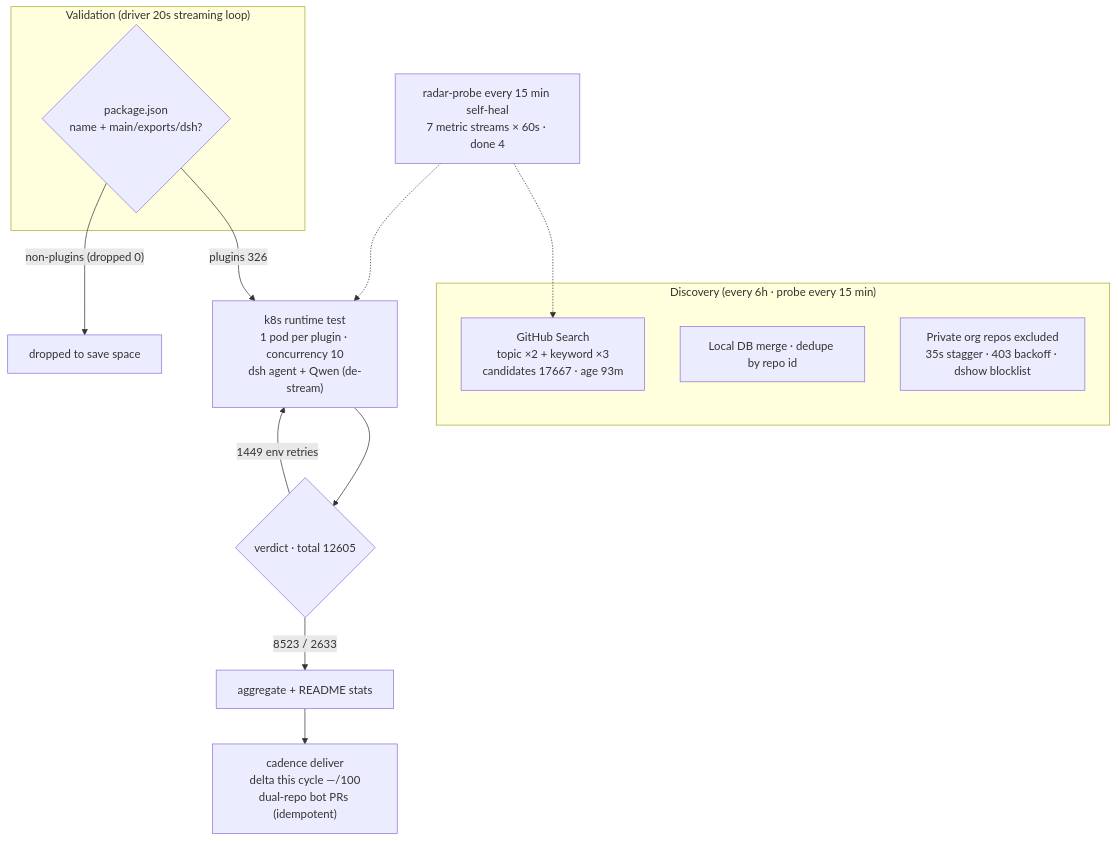
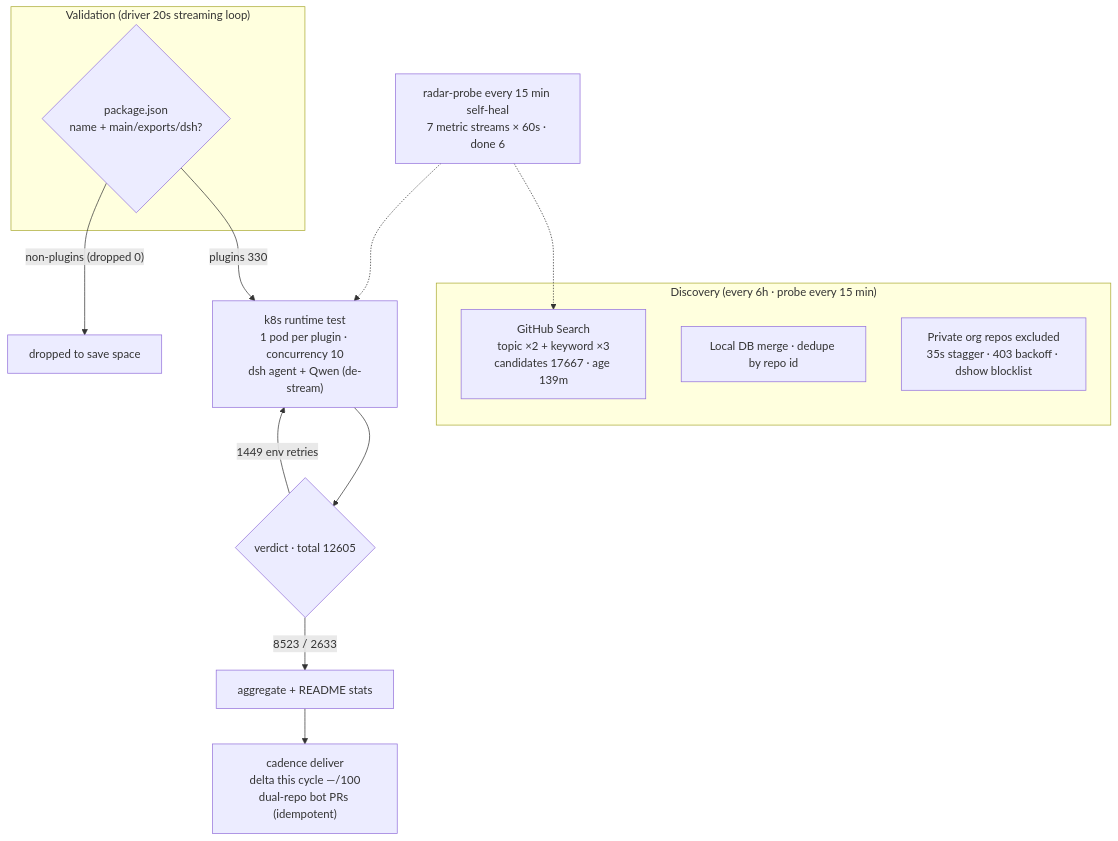
The diagram in README.en-US.md (AdamPlatin123/awesome-dsh-plugins), drawn with Mermaid before and after one commit. The commit also changed other lines of this file and 5 other files, not shown here.

````diff
--- a/README.en-US.md
+++ b/README.en-US.md
@@ -45,20 +45,20 @@
 ```mermaid
 flowchart TB
     subgraph Discovery["Discovery (every 6h · probe every 15 min)"]
-        A1["GitHub Search<br/>topic ×2 + keyword ×3<br/>candidates 17667 · age 93m"]
+        A1["GitHub Search<br/>topic ×2 + keyword ×3<br/>candidates 17667 · age 139m"]
         A2["Local DB merge · dedupe by repo id"]
         A3["Private org repos excluded<br/>35s stagger · 403 backoff · dshow blocklist"]
     end
     subgraph Validation["Validation (driver 20s streaming loop)"]
         B1{"package.json<br/>name + main/exports/dsh?"}
     end
-    B1 -->|"plugins 326"| C1["k8s runtime test<br/>1 pod per plugin · concurrency 10<br/>dsh agent + Qwen (de-stream)"]
+    B1 -->|"plugins 330"| C1["k8s runtime test<br/>1 pod per plugin · concurrency 10<br/>dsh agent + Qwen (de-stream)"]
     B1 -->|"non-plugins (dropped 0)"| B3["dropped to save space"]
     C1 --> D1{"verdict · total 12605"}
     D1 -->|"8523 / 2633"| E1["aggregate + README stats"]
     D1 -->|"1449 env retries"| C1
     E1 --> E2["cadence deliver<br/>delta this cycle —/100<br/>dual-repo bot PRs (idempotent)"]
-    M["radar-probe every 15 min self-heal<br/>7 metric streams × 60s · done 4"]
+    M["radar-probe every 15 min self-heal<br/>7 metric streams × 60s · done 6"]
     M -.-> A1
     M -.-> C1
 ```
````
